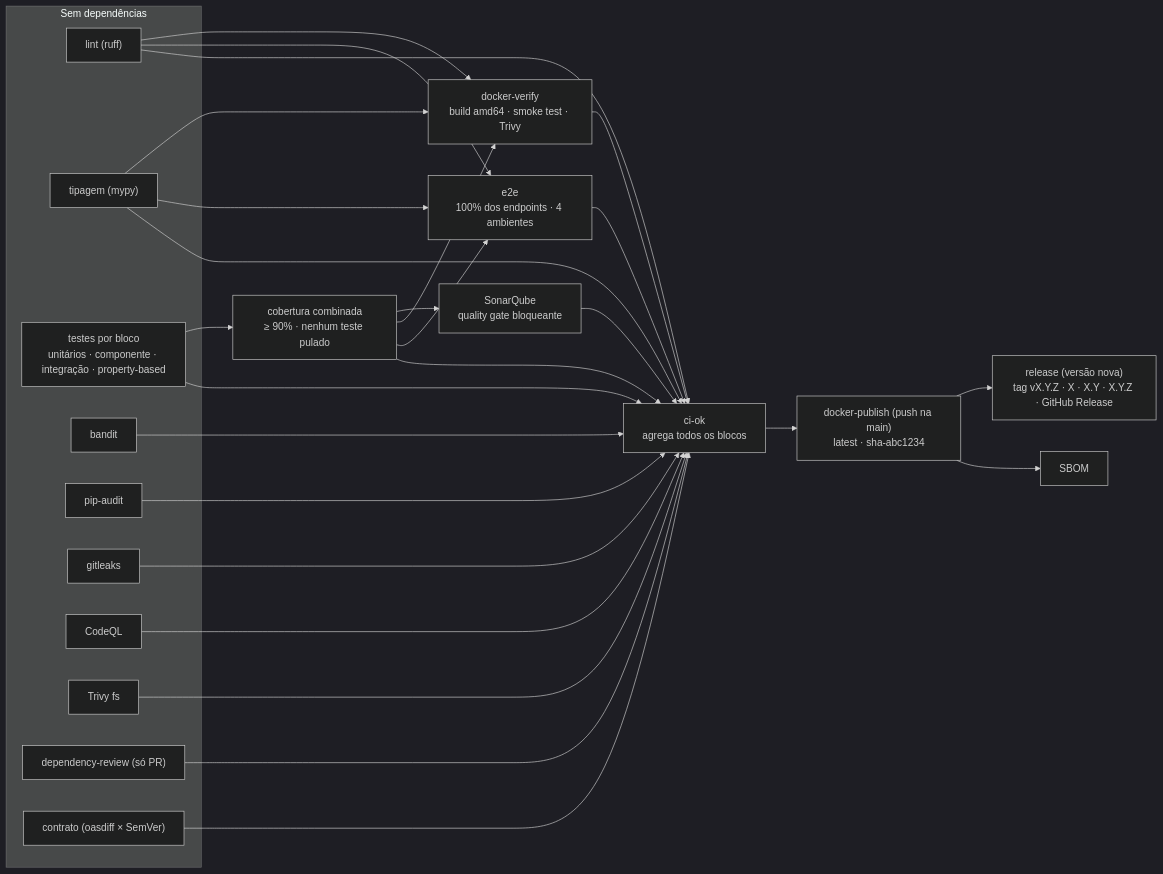
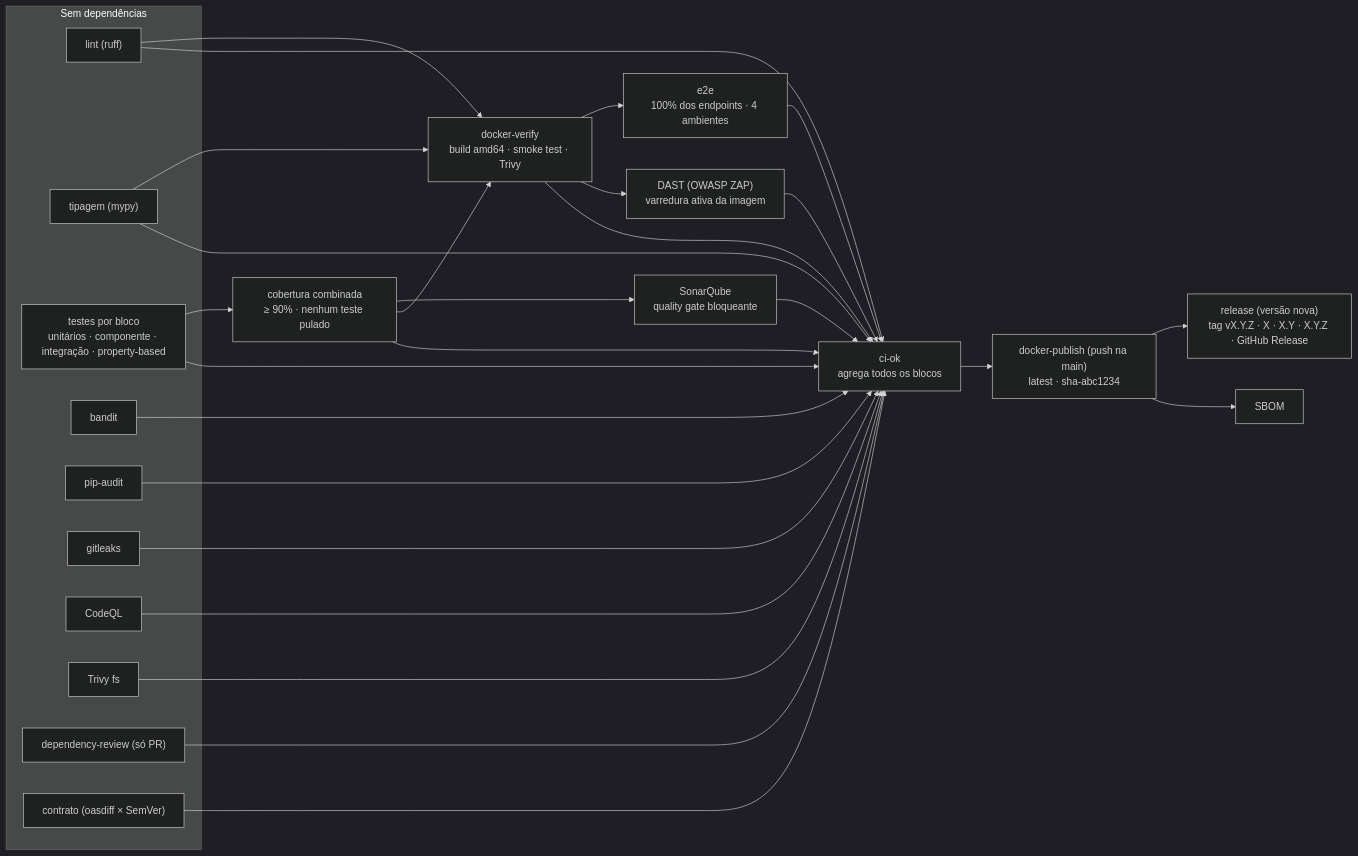
One commit to rlquilez/b3datetime changed the sixth of 7 diagrams in README.md. Above: the diagram before and after it, drawn with Mermaid (dark theme). The commit also changed other lines of this file and 23 other files, not shown here.

````diff
--- a/README.md
+++ b/README.md
@@ -871,21 +872,22 @@
 ```mermaid
 flowchart LR
     subgraph paralelo["Sem dependências"]
         lint["lint (ruff)"]
         typecheck["tipagem (mypy)"]
         test["testes por bloco<br/>unitários · componente · integração · property-based"]
         bandit["bandit"]
         pipaudit["pip-audit"]
         gitleaks["gitleaks"]
         codeql["CodeQL"]
         trivyfs["Trivy fs"]
         depreview["dependency-review (só PR)"]
         contract["contrato (oasdiff × SemVer)"]
     end
     test --> cov["cobertura combinada<br/>≥ 90% · nenhum teste pulado"] --> sonar["SonarQube<br/>quality gate bloqueante"]
     lint & typecheck & cov --> dv["docker-verify<br/>build amd64 · smoke test · Trivy"]
-    lint & typecheck & cov --> e2e["e2e<br/>100% dos endpoints · 4 ambientes"]
+    dv --> e2e["e2e<br/>100% dos endpoints · 4 ambientes"]
+    dv --> dast["DAST (OWASP ZAP)<br/>varredura ativa da imagem"]
     pub --> rel["release (versão nova)<br/>tag vX.Y.Z · X · X.Y · X.Y.Z · GitHub Release"]
-    lint & typecheck & test & cov & sonar & bandit & pipaudit & gitleaks & codeql & trivyfs & contract & dv & e2e & depreview --> ok["ci-ok<br/>agrega todos os blocos"]
+    lint & typecheck & test & cov & sonar & bandit & pipaudit & gitleaks & codeql & trivyfs & contract & dv & e2e & dast & depreview --> ok["ci-ok<br/>agrega todos os blocos"]
     ok --> pub["docker-publish (push na main)<br/>latest · sha-abc1234"] --> sbom["SBOM"]
 ```
````
